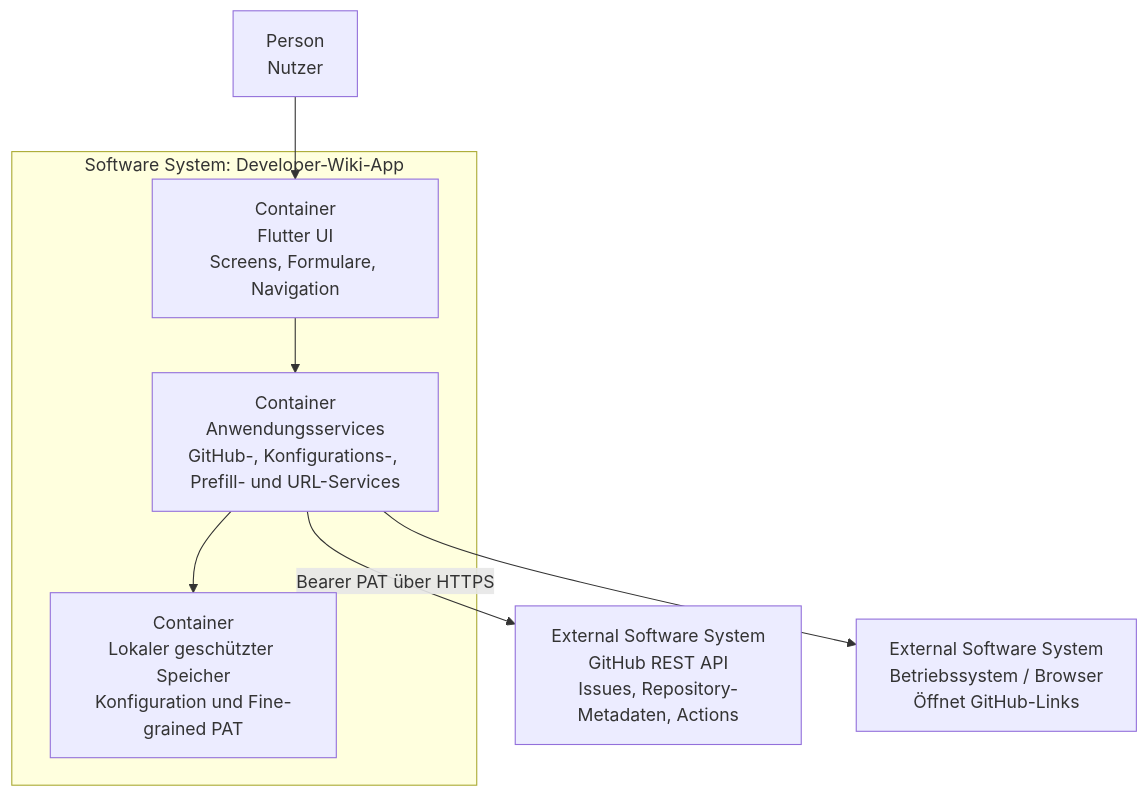
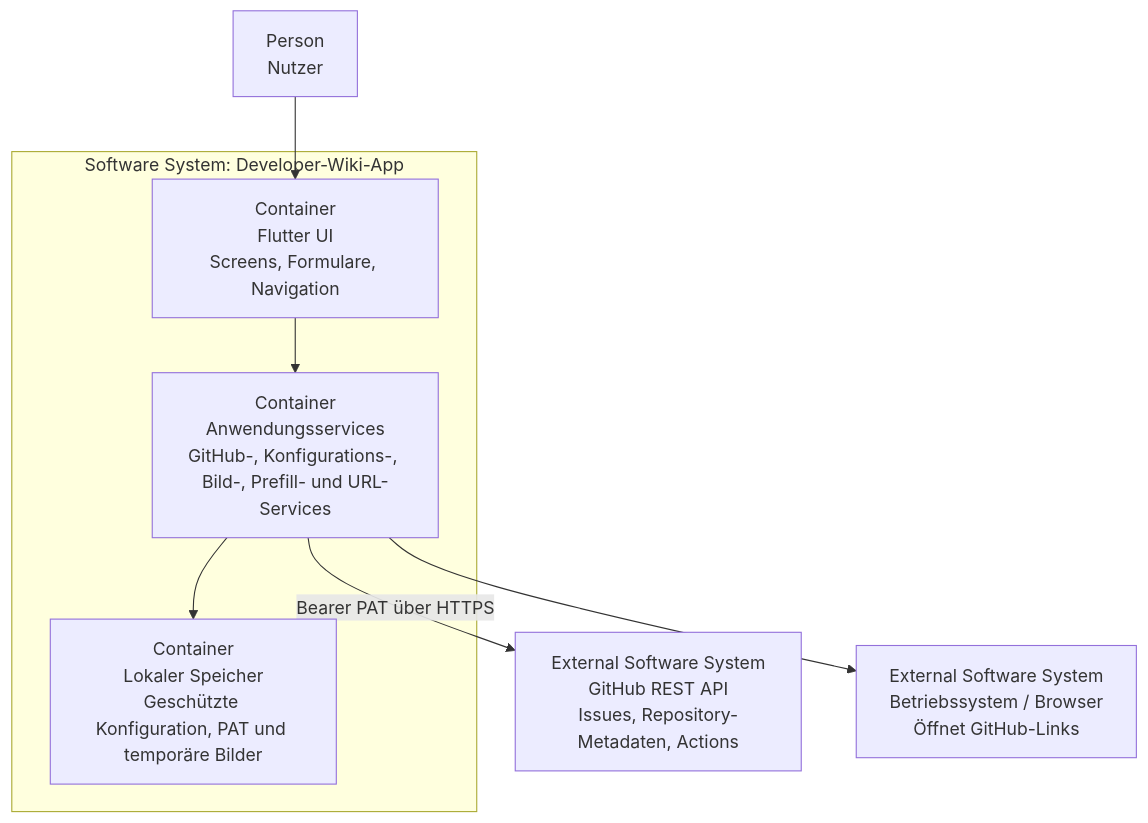
Before and after one commit to Huluvu424242/developer-wiki-app: the second of 2 diagrams in docs/architecture.md, drawn with Mermaid. The commit also changed other lines of this file and 10 other files, not shown here.

````diff
--- a/docs/architecture.md
+++ b/docs/architecture.md
@@ -30,19 +30,19 @@
 ```mermaid
 flowchart TB
     user["Person\nNutzer"]
 
     subgraph app["Software System: Developer-Wiki-App"]
         ui["Container\nFlutter UI\nScreens, Formulare, Navigation"]
-        services["Container\nAnwendungsservices\nGitHub-, Konfigurations-, Prefill- und URL-Services"]
-        storage["Container\nLokaler geschützter Speicher\nKonfiguration und Fine-grained PAT"]
+        services["Container\nAnwendungsservices\nGitHub-, Konfigurations-, Bild-, Prefill- und URL-Services"]
+        storage["Container\nLokaler Speicher\nGeschützte Konfiguration, PAT und temporäre Bilder"]
     end
 
     github["External Software System\nGitHub REST API\nIssues, Repository-Metadaten, Actions"]
     browser["External Software System\nBetriebssystem / Browser\nÖffnet GitHub-Links"]
 
     user --> ui
     ui --> services
     services --> storage
     services -->|Bearer PAT über HTTPS| github
     services --> browser
 ```
````
